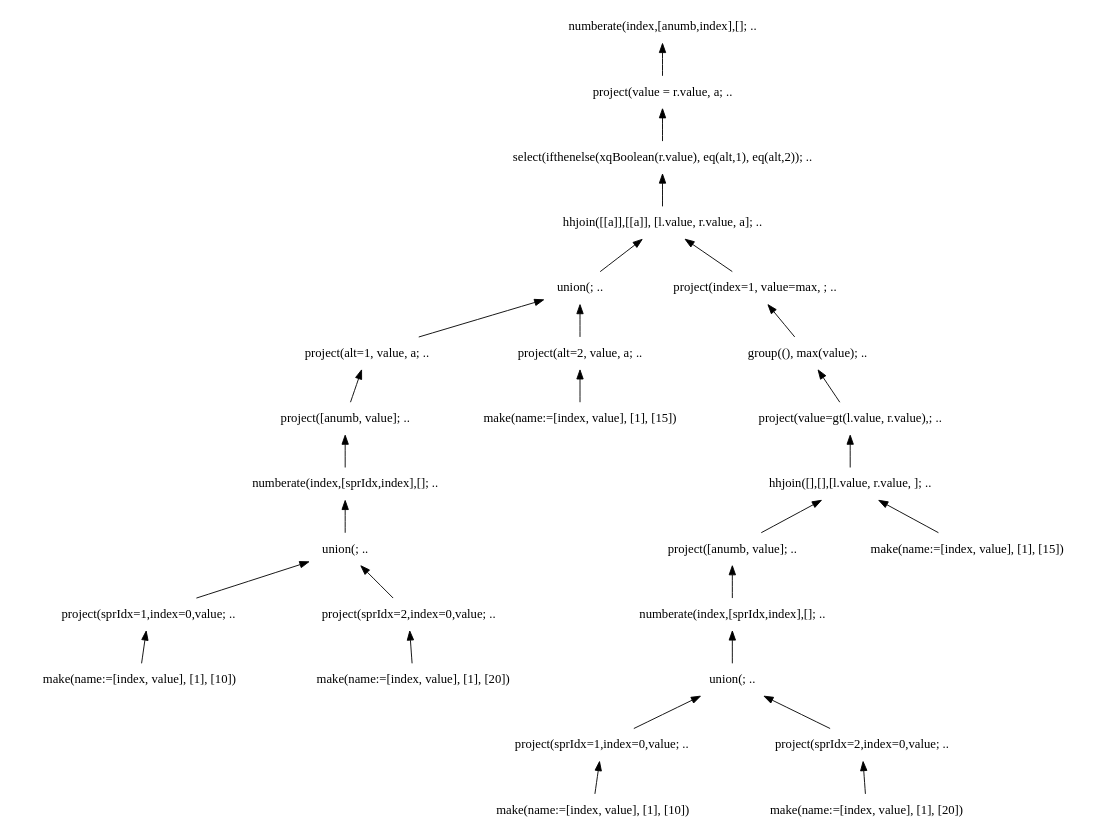
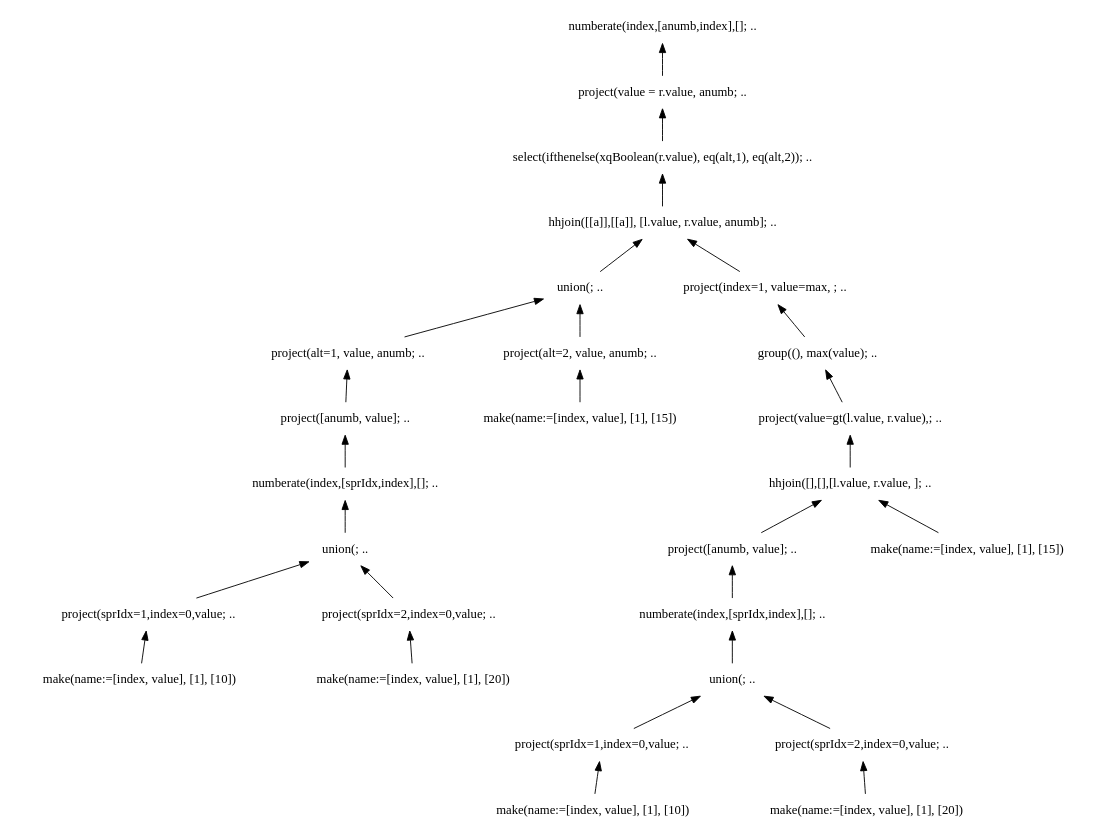
The diagram in doc/img/graphs/td_impl_flwor_ifthenelse.xq_relalg.dot (andrerav/xqft-parser), drawn with Graphviz before and after one commit. The commit also changed 7 other files, not shown here.

```diff
--- a/doc/img/graphs/td_impl_flwor_ifthenelse.xq_relalg.dot
+++ b/doc/img/graphs/td_impl_flwor_ifthenelse.xq_relalg.dot
@@ -1,57 +1,57 @@
 digraph AST {
 edge [color=black, dir=both, weight=1, fontcolor=black, arrowhead=none, arrowtail=normal]
 node [shape=plaintext]numberate1 [label="numberate(index,[anumb,index],[]; .."]
- project2 [label="project(value = r.value, a; .."]
+ project2 [label="project(value = r.value, anumb; .."]
  select3 [label="select(ifthenelse(xqBoolean(r.value), eq(alt,1), eq(alt,2)); .."]
- hhjoin4 [label="hhjoin([[a]],[[a]], [l.value, r.value, a]; .."]
+ hhjoin4 [label="hhjoin([[a]],[[a]], [l.value, r.value, anumb]; .."]
  union5 [label="union(; .."]
- project6 [label="project(alt=1, value, a; .."]
+ project6 [label="project(alt=1, value, anumb; .."]
  project7 [label="project([anumb, value]; .."]
  numberate8 [label="numberate(index,[sprIdx,index],[]; .."]
  union9 [label="union(; .."]
  project10 [label="project(sprIdx=1,index=0,value; .."]
  make11 [label="make(name:=[index, value], [1], [10])"]
 project10 -> make11
 union9 -> project10
  project12 [label="project(sprIdx=2,index=0,value; .."]
  make13 [label="make(name:=[index, value], [1], [20])"]
 project12 -> make13
 union9 -> project12
 numberate8 -> union9
 project7 -> numberate8
 project6 -> project7
 union5 -> project6
- project14 [label="project(alt=2, value, a; .."]
+ project14 [label="project(alt=2, value, anumb; .."]
  make15 [label="make(name:=[index, value], [1], [15])"]
 project14 -> make15
 union5 -> project14
 hhjoin4 -> union5
  project16 [label="project(index=1, value=max, ; .."]
  group17 [label="group((), max(value); .."]
  project18 [label="project(value=gt(l.value, r.value),; .."]
  hhjoin19 [label="hhjoin([],[],[l.value, r.value, ]; .."]
  project20 [label="project([anumb, value]; .."]
  numberate21 [label="numberate(index,[sprIdx,index],[]; .."]
  union22 [label="union(; .."]
  project23 [label="project(sprIdx=1,index=0,value; .."]
  make24 [label="make(name:=[index, value], [1], [10])"]
 project23 -> make24
 union22 -> project23
  project25 [label="project(sprIdx=2,index=0,value; .."]
  make26 [label="make(name:=[index, value], [1], [20])"]
 project25 -> make26
 union22 -> project25
 numberate21 -> union22
 project20 -> numberate21
 hhjoin19 -> project20
  make27 [label="make(name:=[index, value], [1], [15])"]
 hhjoin19 -> make27
 project18 -> hhjoin19
 group17 -> project18
 project16 -> group17
 hhjoin4 -> project16
 select3 -> hhjoin4
 project2 -> select3
 numberate1 -> project2
 
 }
```
